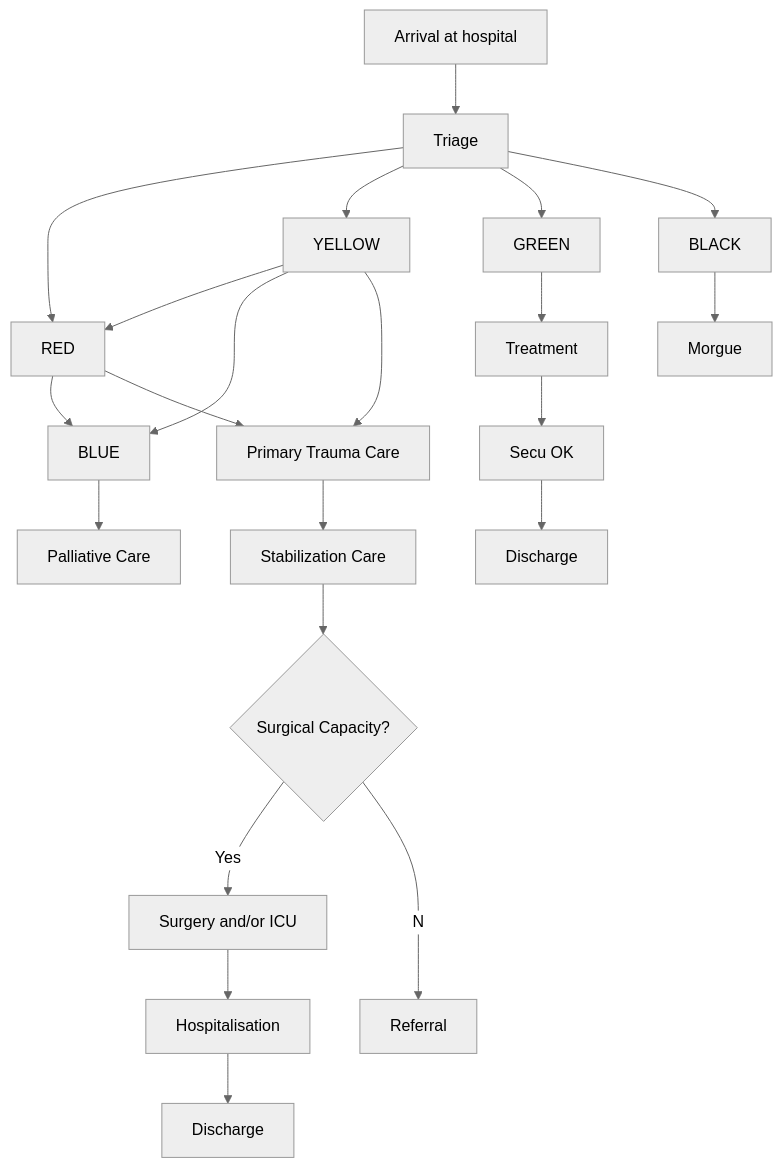
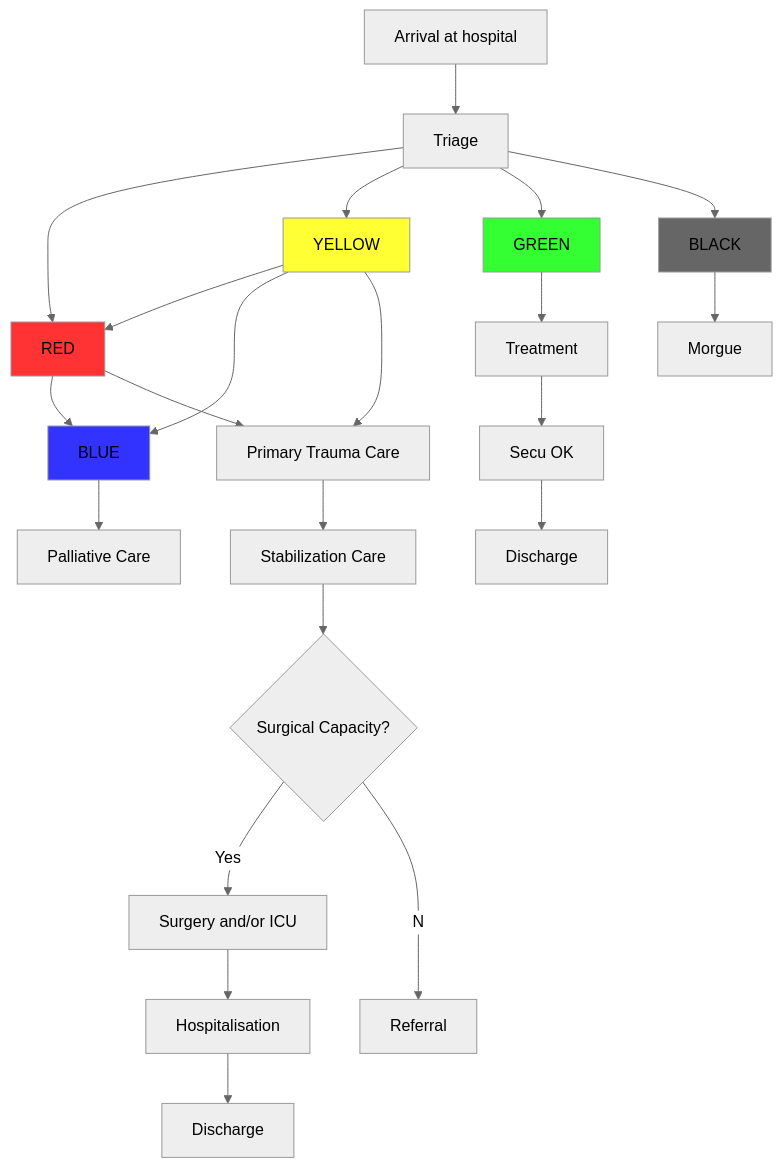
One commit to plmercereau/pocket-mci changed the diagram in content/sample-posts/10 - Crowd control/index.md. Above: the diagram before and after it, drawn with Mermaid (neutral theme). The commit also changed other lines of this file and 7 other files, not shown here.

````diff
--- a/content/sample-posts/10 - Crowd control/index.md
+++ b/content/sample-posts/10 - Crowd control/index.md
@@ -10,25 +10,30 @@
 ```mermaid
 graph TD
     ARRIVAL[Arrival at hospital] --> TRIAGE[Triage]
     TRIAGE --> RED[RED]
     TRIAGE --> YELLOW[YELLOW]
     TRIAGE --> GREEN[GREEN]
     TRIAGE --> BLACK[BLACK]
     RED --> BLUE[BLUE]
     YELLOW --> RED
     YELLOW --> BLUE
     BLUE --> ICU[Palliative Care]
     YELLOW --> PTC[Primary Trauma Care]
     RED --> PTC
     PTC --> SC[Stabilization Care]
     SC --> SRGCAP{Surgical Capacity?}
     SRGCAP --Yes--> SRGICU[Surgery and/or ICU]
     SRGICU --> IPD[Hospitalisation]
     IPD --> DIS[Discharge]
     SRGCAP --No--> REF[Referral]
     GREEN --> TREAT[Treatment]
     TREAT --> SECU[Secu OK]
     SECU --> DIS2[Discharge]
     BLACK --> MORGUE[Morgue]
+    style BLACK fill:#666
+    style RED fill:#f33
+    style GREEN fill:#3f3
+    style BLUE fill:#33f
+    style YELLOW fill:#ff3
 
 ```
````
